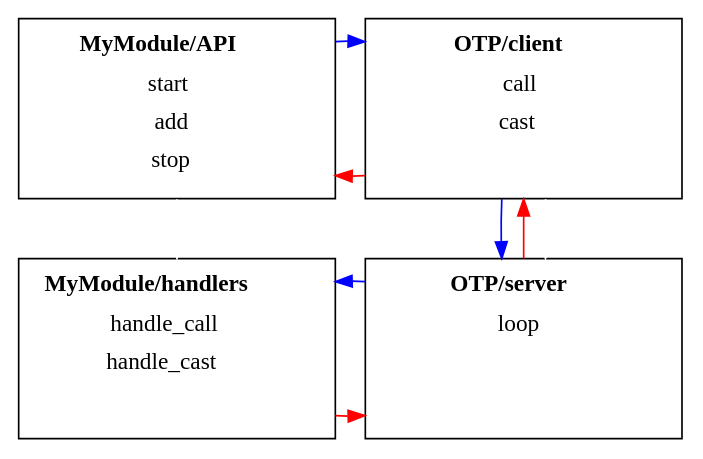
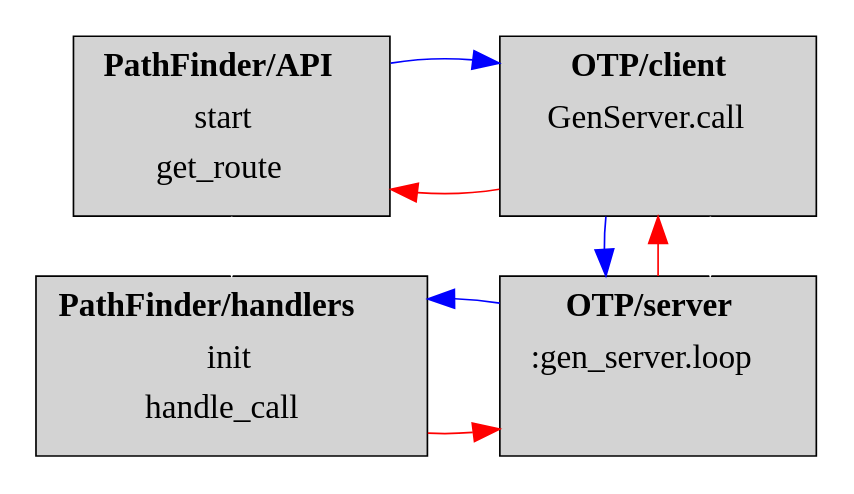
The diagram in lesson_10/img/gen_server.standard.dot (yzh44yzh/elixir_course), drawn with Graphviz before and after one commit. The commit also changed 4 other files, not shown here.

Commit message:
lesson 10 done with gen server images

```diff
--- a/lesson_10/img/gen_server.standard.dot
+++ b/lesson_10/img/gen_server.standard.dot
@@ -1,58 +1,50 @@
 digraph GS {
 
-    /*
-    TODO: style
-    - more space between nodes
-    - font 'ubuntu mono'
-    - better arrows
-    */
-
-    node [shape=box];
+    graph [pad=0.2, nodesep=0.6]
+    node [shape=box, style=filled, fontname="UbuntuMono", fontsize=20]
 
     a [label=<
        <table border="0" width="170" height="100" cellpadding="3">
-       <tr><td width="170" align="center"><b>MyModule/API</b></td></tr>
+       <tr><td width="170" align="center"><b>PathFinder/API</b></td></tr>
        <tr><td align="center">start</td></tr>
-       <tr><td align="center">add</td></tr>
-       <tr><td align="center">stop</td></tr>
+       <tr><td align="center">get_route</td></tr>
        </table>
        >];
 
     d [label=<
        <table border="0" width="170" height="100" cellpadding="3">
-       <tr><td width="170" align="center"><b>MyModule/handlers</b></td></tr>
+       <tr><td width="170" align="center"><b>PathFinder/handlers</b></td></tr>
+       <tr><td align="center">init</td></tr>
        <tr><td align="center">handle_call</td></tr>
-       <tr><td align="center">handle_cast</td></tr>
        </table>
        >];
     
     b [label=<
        <table border="0" width="170" height="100" cellpadding="3">
        <tr ><td width="170" align="center"><b>OTP/client</b></td></tr>
-       <tr><td align="center">call</td></tr>
-       <tr><td align="center">cast</td></tr>
+       <tr><td align="center">GenServer.call</td></tr>
        </table>
        >];
     
     c [label=<
        <table border="0" width="170" height="100" cellpadding="3">
        <tr><td width="170" align="center"><b>OTP/server</b></td></tr>
-       <tr><td align="center">loop</td></tr>
+       <tr><td align="center">:gen_server.loop</td></tr>
        </table>
        >];
 
 
-    edge [weight=1 color=red];
+    edge [weight=1 color=red, arrowsize=1.6];
     d -> c -> b -> a;
 
     edge [weight=1 color=blue];
     a -> b -> c -> d;
 
     // hidden edges to make proper layout
     edge [weight=1000 color=white];
     a -> d;
     b -> c;
     rank=same {a, b}
     rank=same {d, c}
 
 }
```
